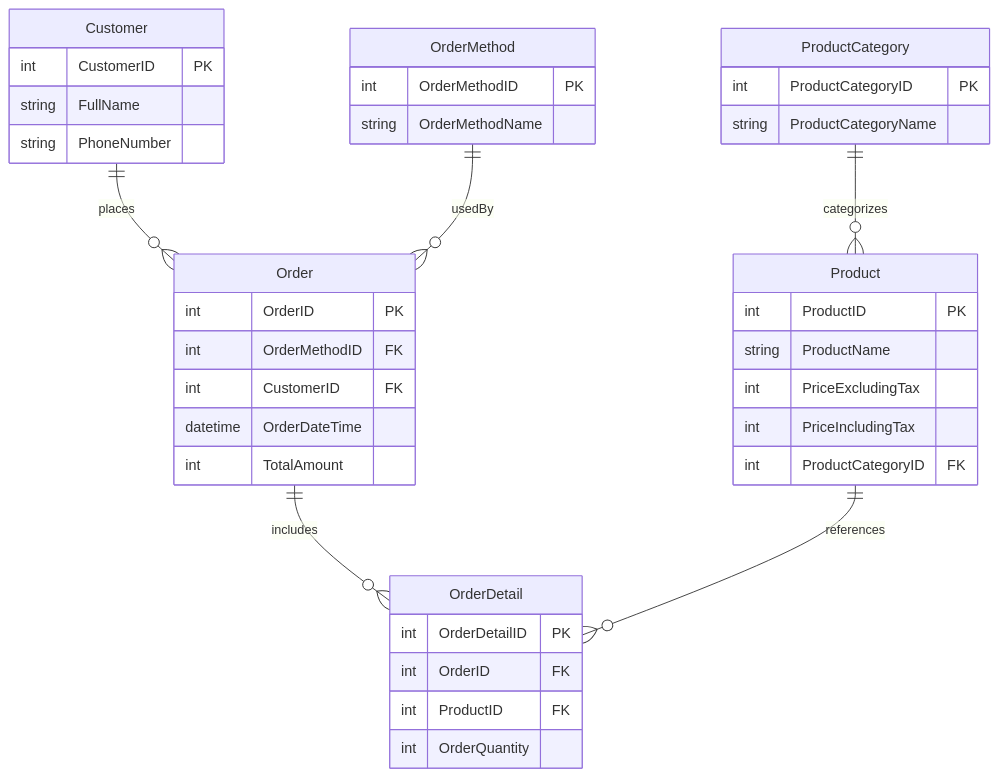
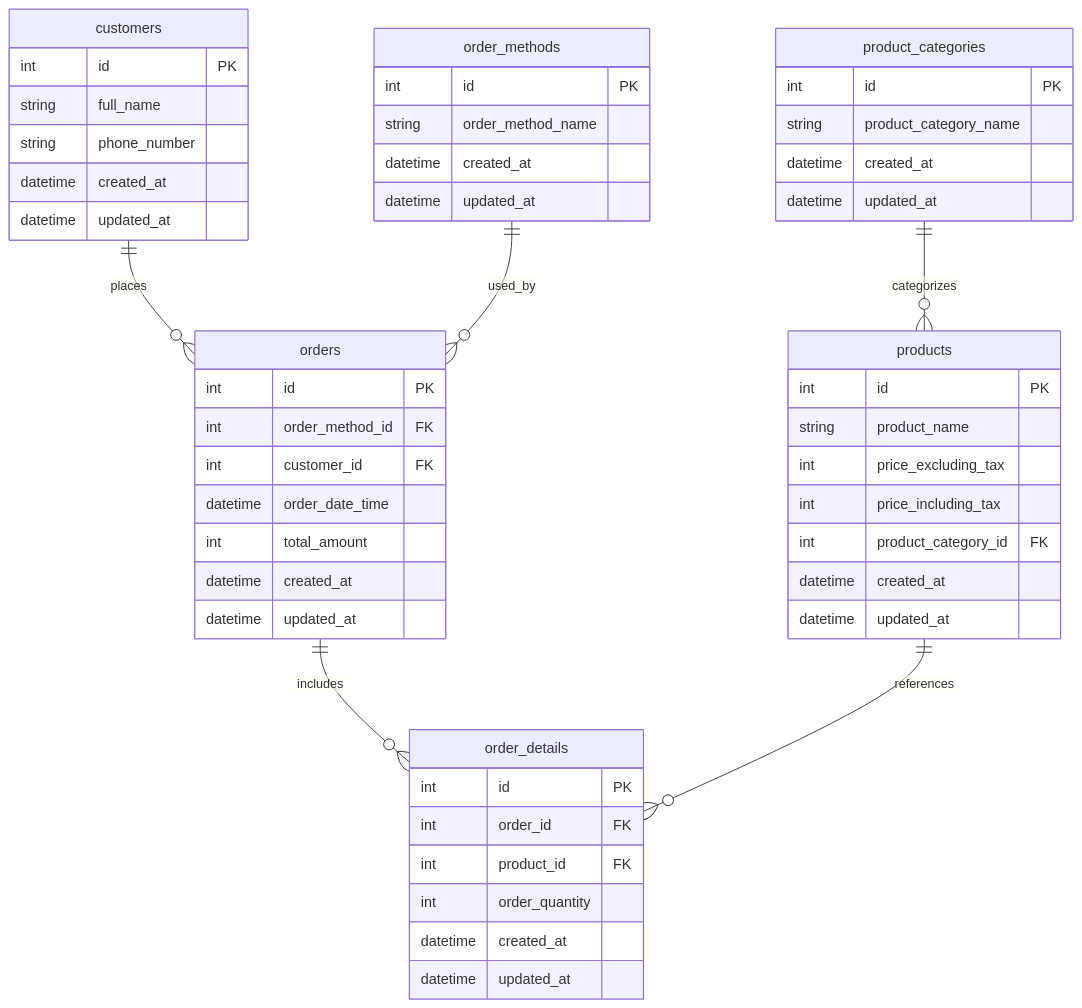
One commit to mikuta001/ERD changed the diagram in lesson1/lesson1_en.md. Above: the diagram before and after it, drawn with Mermaid.

Commit message:
テーブル名、カラム名変更、作成／更新日時カラム追

````diff
--- a/lesson1/lesson1_en.md
+++ b/lesson1/lesson1_en.md
@@ -1,48 +1,60 @@
 ```mermaid
 erDiagram
 
-    Product {
-        int ProductID PK
-        string ProductName
-        int PriceExcludingTax
-        int PriceIncludingTax
-        int ProductCategoryID FK
+    products {
+        int id PK
+        string product_name
+        int price_excluding_tax
+        int price_including_tax
+        int product_category_id FK
+        datetime created_at
+        datetime updated_at
     }
 
-    ProductCategory {
-        int ProductCategoryID PK
-        string ProductCategoryName
+    product_categories {
+        int id PK
+        string product_category_name
+        datetime created_at
+        datetime updated_at
     }
 
-    Order {
-        int OrderID PK
-        int OrderMethodID FK
-        int CustomerID FK
-        datetime OrderDateTime
-        int TotalAmount
+    orders {
+        int id PK
+        int order_method_id FK
+        int customer_id FK
+        datetime order_date_time
+        int total_amount
+        datetime created_at
+        datetime updated_at
     }
 
-    OrderDetail {
-        int OrderDetailID PK
-        int OrderID FK
-        int ProductID FK
-        int OrderQuantity
+    order_details {
+        int id PK
+        int order_id FK
+        int product_id FK
+        int order_quantity
+        datetime created_at
+        datetime updated_at
     }
 
-    Customer {
-        int CustomerID PK
-        string FullName
-        string PhoneNumber
+    customers {
+        int id PK
+        string full_name
+        string phone_number
+        datetime created_at
+        datetime updated_at
     }
 
-    OrderMethod {
-        int OrderMethodID PK
-        string OrderMethodName
+    order_methods {
+        int id PK
+        string order_method_name
+        datetime created_at
+        datetime updated_at
     }
 
-    ProductCategory ||--o{ Product : categorizes
-    Customer ||--o{ Order : places
-    OrderMethod ||--o{ Order : usedBy
-    Order ||--o{ OrderDetail : includes
-    Product ||--o{ OrderDetail : references
+    product_categories ||--o{ products : categorizes
+    customers ||--o{ orders : places
+    order_methods ||--o{ orders : used_by
+    orders ||--o{ order_details : includes
+    products ||--o{ order_details : references
 ```
````
